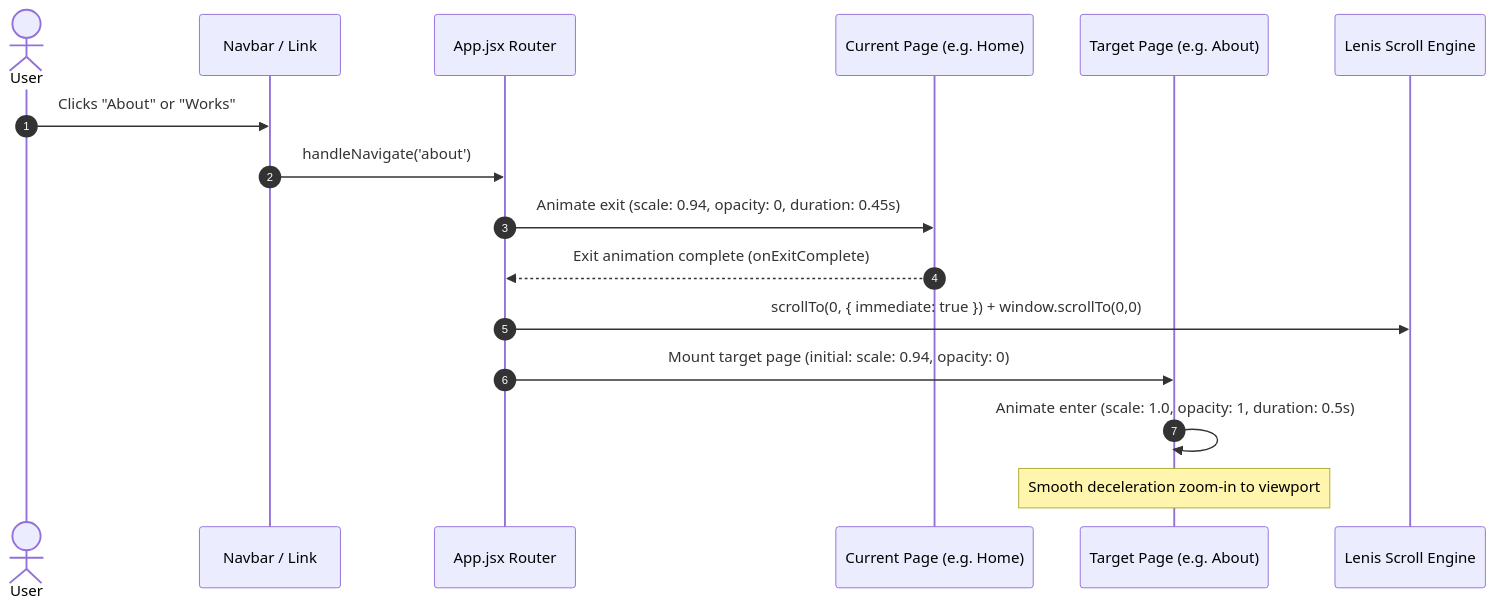
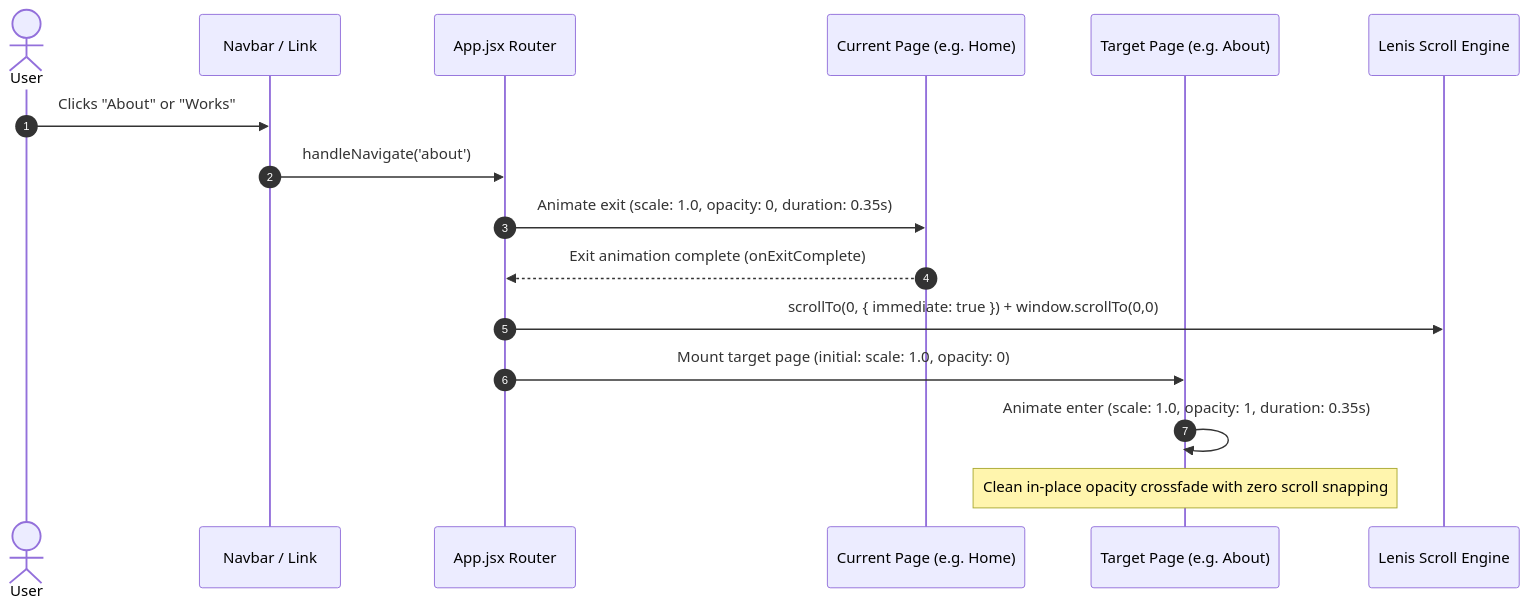
The second of 3 diagrams in DeployPage/docs/ARCHITECTURE.md (Hoss008/NorqueStudios), drawn with Mermaid before and after one commit. The commit also changed other lines of this file and 5 other files, not shown here.

````diff
--- a/DeployPage/docs/ARCHITECTURE.md
+++ b/DeployPage/docs/ARCHITECTURE.md
@@ -49,19 +53,19 @@
 ```mermaid
 sequenceDiagram
     autonumber
     actor User
     participant Nav as Navbar / Link
     participant App as App.jsx Router
     participant ExitPage as Current Page (e.g. Home)
     participant EnterPage as Target Page (e.g. About)
     participant Lenis as Lenis Scroll Engine
     
     User->>Nav: Clicks "About" or "Works"
     Nav->>App: handleNavigate('about')
-    App->>ExitPage: Animate exit (scale: 0.94, opacity: 0, duration: 0.45s)
+    App->>ExitPage: Animate exit (scale: 1.0, opacity: 0, duration: 0.35s)
     ExitPage-->>App: Exit animation complete (onExitComplete)
     App->>Lenis: scrollTo(0, { immediate: true }) + window.scrollTo(0,0)
-    App->>EnterPage: Mount target page (initial: scale: 0.94, opacity: 0)
-    EnterPage->>EnterPage: Animate enter (scale: 1.0, opacity: 1, duration: 0.5s)
-    Note over EnterPage: Smooth deceleration zoom-in to viewport
+    App->>EnterPage: Mount target page (initial: scale: 1.0, opacity: 0)
+    EnterPage->>EnterPage: Animate enter (scale: 1.0, opacity: 1, duration: 0.35s)
+    Note over EnterPage: Clean in-place opacity crossfade with zero scroll snapping
 ```
````
